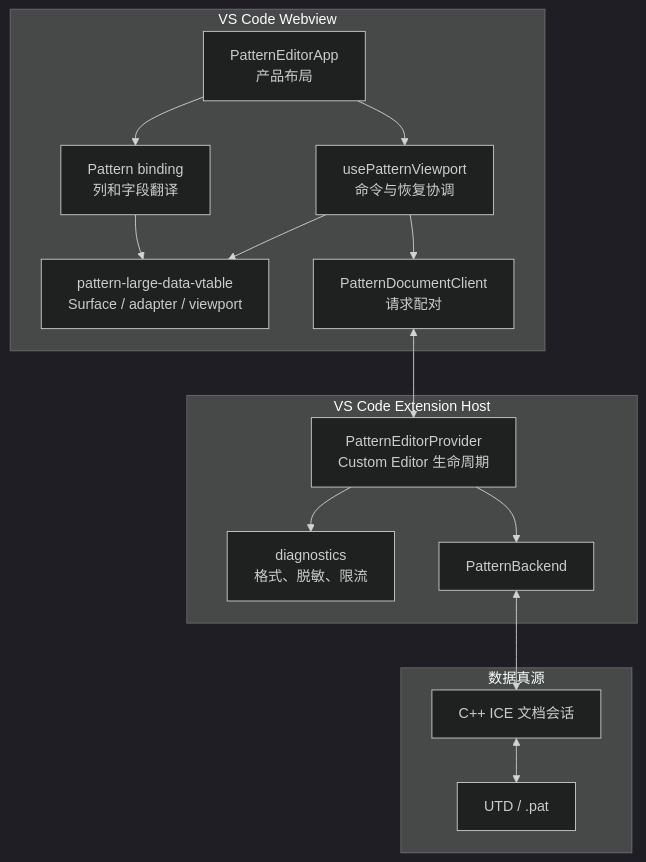
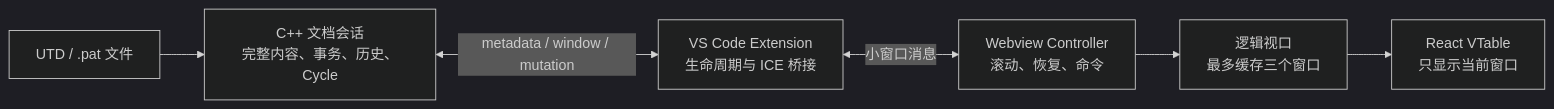
One commit to a306796405/huge-vtable changed the second of 9 diagrams in docs/v22-lite-markdown-technical-solution.md. Above: the diagram before and after it, drawn with Mermaid (dark theme). The commit also changed other lines of this file and 8 other files, not shown here.

Commit message:
docs: consolidate pattern backend and frontend guide

````diff
--- a/docs/v22-lite-markdown-technical-solution.md
+++ b/docs/v22-lite-markdown-technical-solution.md
@@ -188,32 +142,8 @@
 ```mermaid
-flowchart TB
-    subgraph Webview["VS Code Webview"]
-        App["PatternEditorApp<br/>产品布局"]
-        Controller["usePatternViewport<br/>命令与恢复协调"]
-        Binding["Pattern binding<br/>列和字段翻译"]
-        Kit["pattern-large-data-vtable<br/>Surface / adapter / viewport"]
-        Client["PatternDocumentClient<br/>请求配对"]
-    end
-
-    subgraph Extension["VS Code Extension Host"]
-        Provider["PatternEditorProvider<br/>Custom Editor 生命周期"]
-        Diagnostics["diagnostics<br/>格式、脱敏、限流"]
-        Backend["PatternBackend"]
-    end
-
-    subgraph Truth["数据真源"]
-        CPP["C++ ICE 文档会话"]
-        File["UTD / .pat"]
-    end
-
-    App --> Controller
-    App --> Binding
-    Binding --> Kit
-    Controller --> Kit
-    Controller --> Client
-    Client <--> Provider
-    Provider --> Diagnostics
-    Provider --> Backend
-    Backend <--> CPP
-    CPP <--> File
+flowchart LR
+    Disk["UTD / .pat 文件"] --> Session["C++ 文档会话<br/>完整内容、事务、历史、Cycle"]
+    Session <-->|"metadata / window / mutation"| Extension["VS Code Extension<br/>生命周期与 ICE 桥接"]
+    Extension <-->|"小窗口消息"| Webview["Webview Controller<br/>滚动、恢复、命令"]
+    Webview --> Runtime["逻辑视口<br/>最多缓存三个窗口"]
+    Runtime --> VTable["React VTable<br/>只显示当前窗口"]
 ```
````
